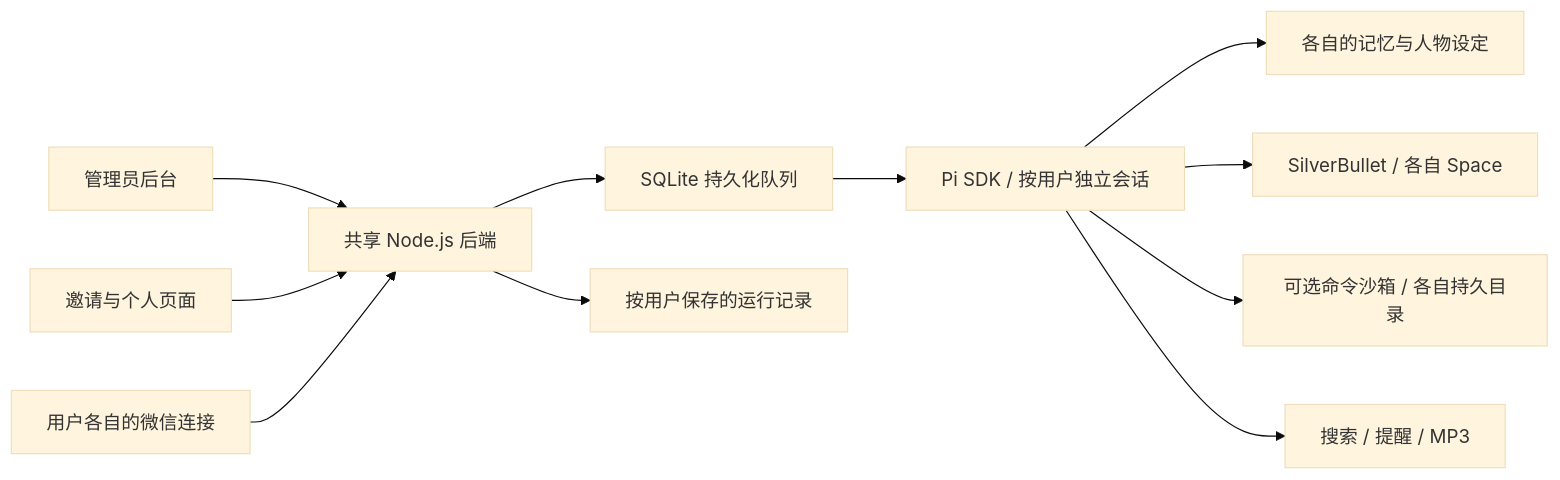
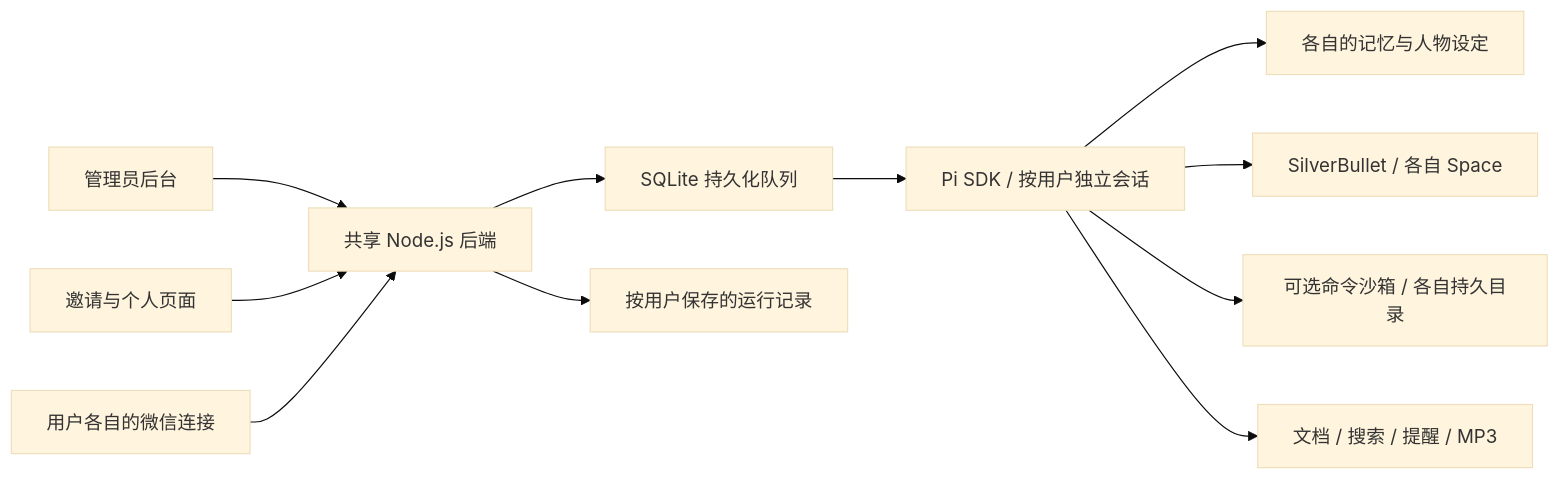
Before and after one commit to yanzengyun/pi-agent-multi-tenant: the diagram in README.md, drawn with Mermaid (base theme). The commit also changed other lines of this file and 15 other files, not shown here.

````diff
--- a/README.md
+++ b/README.md
@@ -126,13 +128,13 @@
 ```mermaid
 flowchart LR
   Admin[管理员后台] --> API[共享 Node.js 后端]
   Account[邀请与个人页面] --> API
   WeChat[用户各自的微信连接] --> API
   API --> Queue[SQLite 持久化队列]
   Queue --> Pi[Pi SDK / 按用户独立会话]
   Pi --> Memory[各自的记忆与人物设定]
   Pi --> Notes[SilverBullet / 各自 Space]
   Pi --> Sandbox[可选命令沙箱 / 各自持久目录]
-  Pi --> Tools[搜索 / 提醒 / MP3]
+  Pi --> Tools[文档 / 搜索 / 提醒 / MP3]
   API --> Trace[按用户保存的运行记录]
 ```
````
